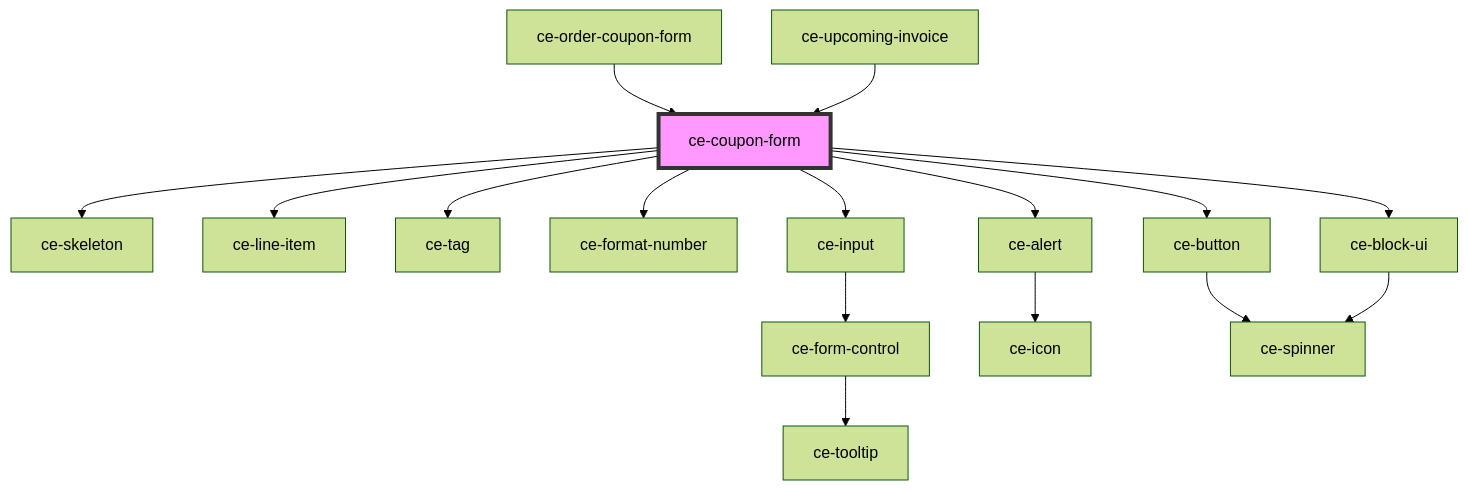
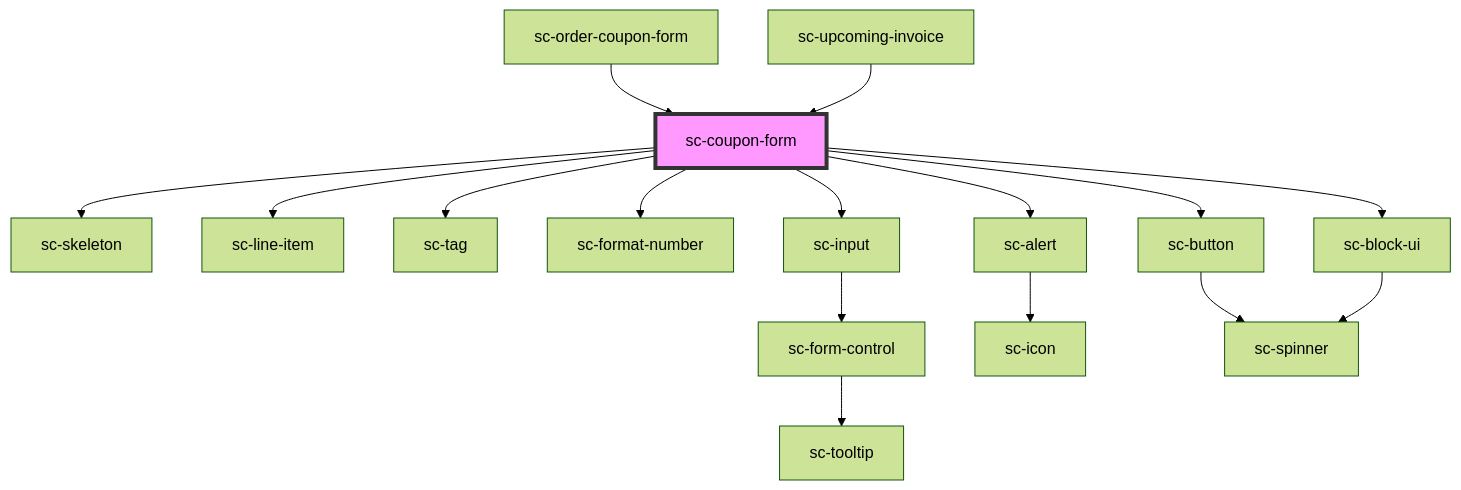
Before and after one commit to surecart/surecart-wp-plugin: the diagram in packages/components/src/components/ui/coupon-form/readme.md, drawn with Mermaid (forest theme). The commit also changed other lines of this file and 1281 other files, not shown here.

````diff
--- a/packages/components/src/components/ui/coupon-form/readme.md
+++ b/packages/components/src/components/ui/coupon-form/readme.md
@@ -49,19 +49,19 @@
 ```mermaid
 graph TD;
-  ce-coupon-form --> ce-skeleton
-  ce-coupon-form --> ce-line-item
-  ce-coupon-form --> ce-tag
-  ce-coupon-form --> ce-format-number
-  ce-coupon-form --> ce-input
-  ce-coupon-form --> ce-alert
-  ce-coupon-form --> ce-button
-  ce-coupon-form --> ce-block-ui
-  ce-input --> ce-form-control
-  ce-form-control --> ce-tooltip
-  ce-alert --> ce-icon
-  ce-button --> ce-spinner
-  ce-block-ui --> ce-spinner
-  ce-order-coupon-form --> ce-coupon-form
-  ce-upcoming-invoice --> ce-coupon-form
-  style ce-coupon-form fill:#f9f,stroke:#333,stroke-width:4px
+  sc-coupon-form --> sc-skeleton
+  sc-coupon-form --> sc-line-item
+  sc-coupon-form --> sc-tag
+  sc-coupon-form --> sc-format-number
+  sc-coupon-form --> sc-input
+  sc-coupon-form --> sc-alert
+  sc-coupon-form --> sc-button
+  sc-coupon-form --> sc-block-ui
+  sc-input --> sc-form-control
+  sc-form-control --> sc-tooltip
+  sc-alert --> sc-icon
+  sc-button --> sc-spinner
+  sc-block-ui --> sc-spinner
+  sc-order-coupon-form --> sc-coupon-form
+  sc-upcoming-invoice --> sc-coupon-form
+  style sc-coupon-form fill:#f9f,stroke:#333,stroke-width:4px
 ```
````
